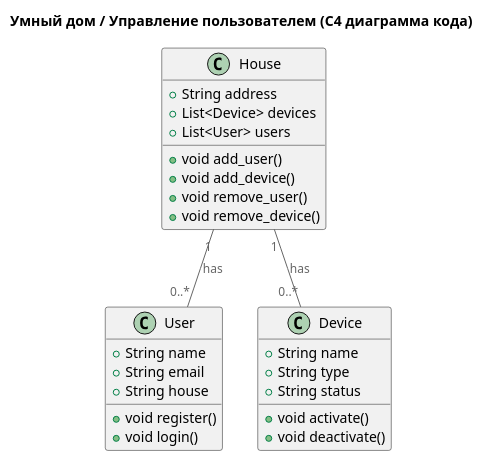
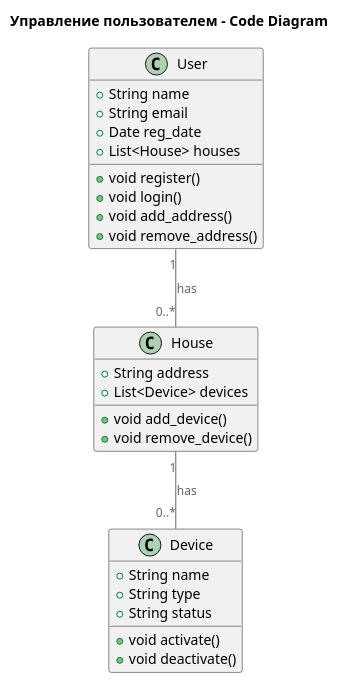
One commit to roman-timo/architecture-sprint-3 changed the diagram in C4/SH_Code.puml. Above: the diagram before and after it, drawn with PlantUML.

```diff
--- a/C4/SH_Code.puml
+++ b/C4/SH_Code.puml
@@ -1,37 +1,37 @@
 @startuml
-title Умный дом / Управление пользователем (C4 диаграмма кода)
+title Управление пользователем - Code Diagram
 
 top to bottom direction
 
 !includeurl https://raw.githubusercontent.com/RicardoNiepel/C4-PlantUML/master/C4_Component.puml
 
 class User {
   +String name
   +String email
-  +String house
+  +Date reg_date
+  +List<House> houses
   +void register()
   +void login()
+  +void add_address()
+  +void remove_address()
 }
 
 class Device {
   +String name
   +String type
   +String status
   +void activate()
   +void deactivate()
 }
 
 class House {
   +String address
   +List<Device> devices
-  +List<User> users
-  +void add_user()
   +void add_device()
-  +void remove_user()
   +void remove_device()
 }
 
+User "1" -- "0..*" House : has
 House "1" -- "0..*" Device : has
-House "1" -- "0..*" User : has
 
 @enduml
```
